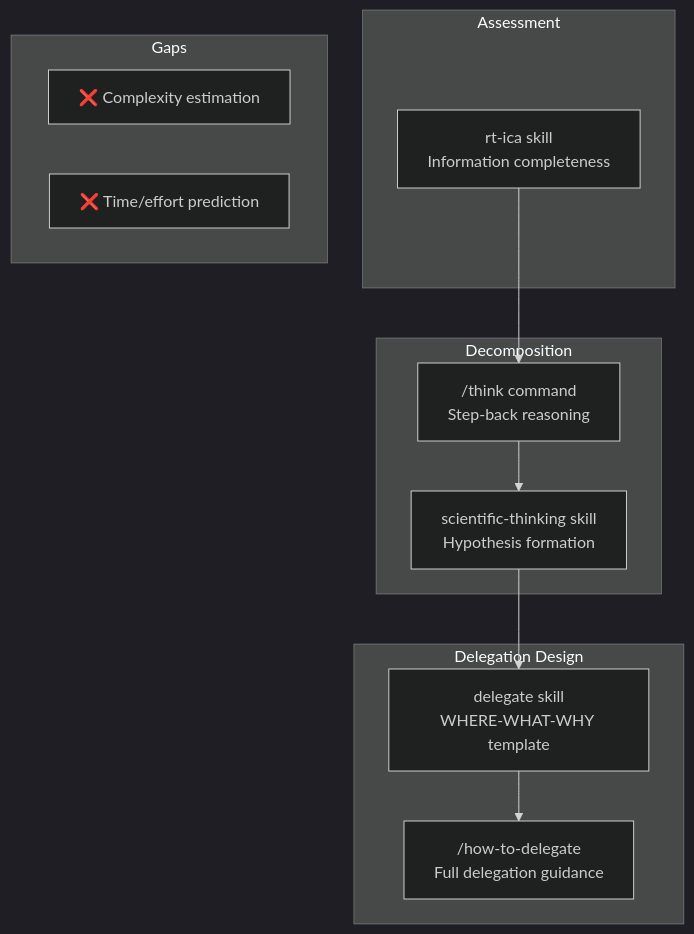
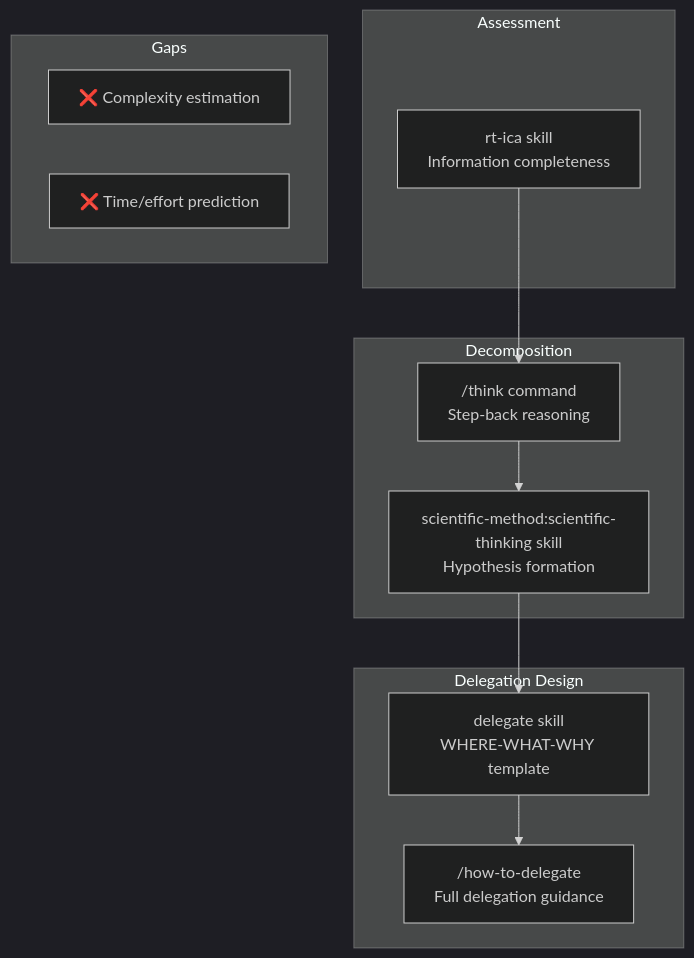
The fourth of 7 diagrams in .claude/knowledge/workflow-diagrams/master-workflow.md (chgreer1070/claude_skills), drawn with Mermaid (dark theme) before and after one commit. The commit also changed other lines of this file and 9 other files, not shown here.

Commit message:
fix(scientific-method): update all upstream references to new plugin skill paths

````diff
--- a/.claude/knowledge/workflow-diagrams/master-workflow.md
+++ b/.claude/knowledge/workflow-diagrams/master-workflow.md
@@ -150,26 +150,26 @@
 ```mermaid
 flowchart TB
     subgraph ASSESS["Assessment"]
         A1["rt-ica skill<br/>Information completeness"]
     end
 
     subgraph DECOMPOSE["Decomposition"]
         D1["/think command<br/>Step-back reasoning"]
-        D2["scientific-thinking skill<br/>Hypothesis formation"]
+        D2["scientific-method:scientific-thinking skill<br/>Hypothesis formation"]
     end
 
     subgraph DELEGATE["Delegation Design"]
         DEL1["delegate skill<br/>WHERE-WHAT-WHY template"]
         DEL2["/how-to-delegate<br/>Full delegation guidance"]
     end
 
     subgraph GAP["Gaps"]
         G1["❌ Complexity estimation"]
         G2["❌ Time/effort prediction"]
     end
 
     A1 --> D1
     D1 --> D2
     D2 --> DEL1
     DEL1 --> DEL2
 ```
````
